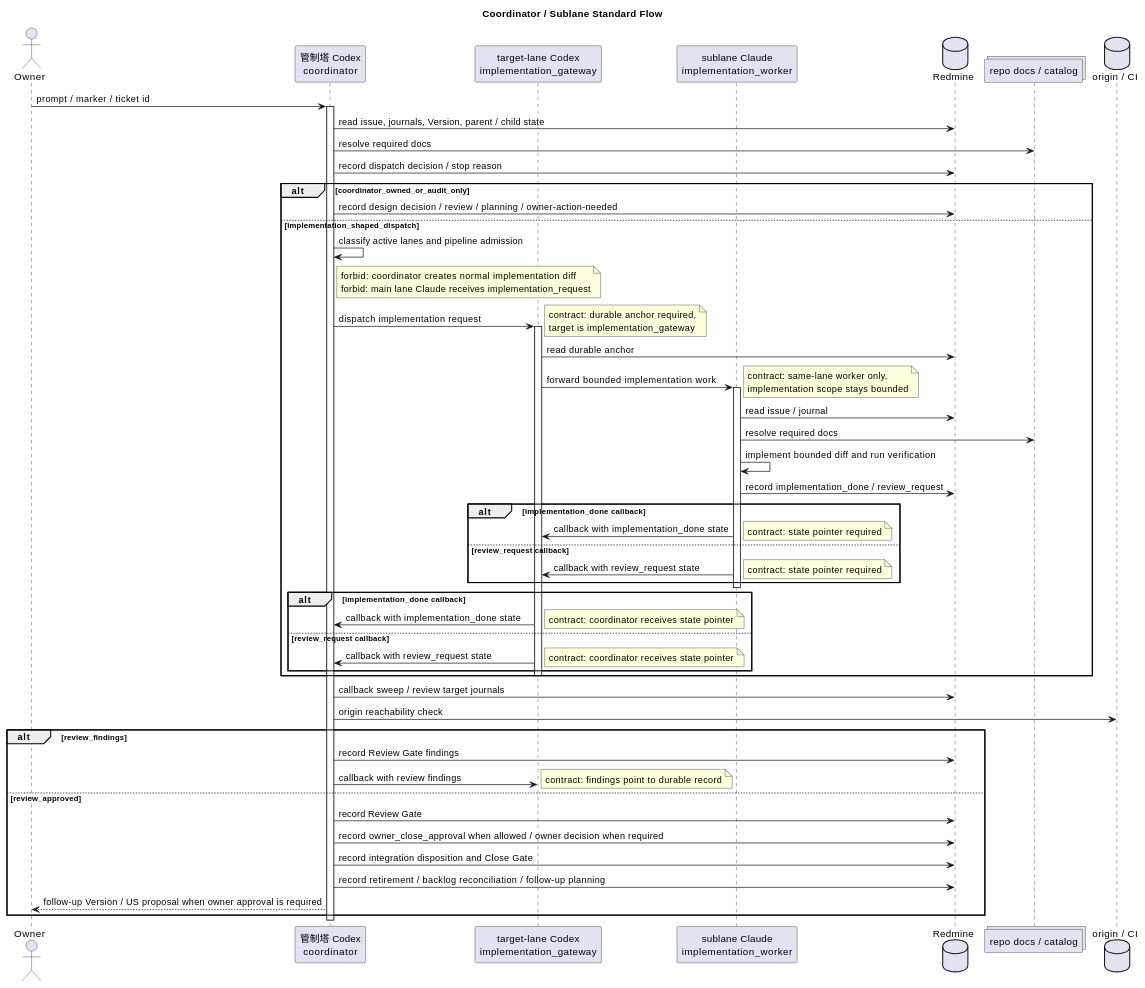
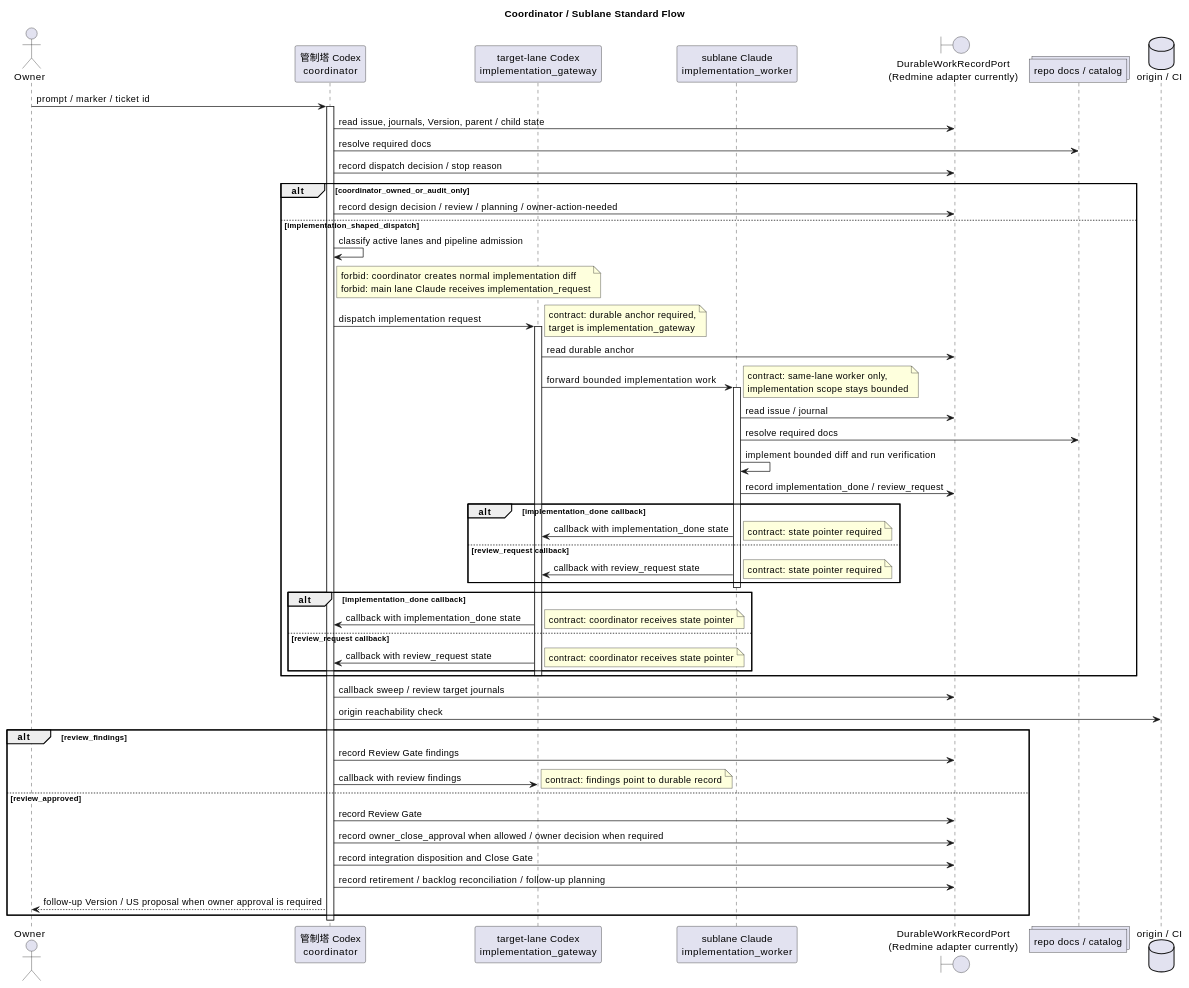
Before and after one commit to hollySizzle/mozyo_bridge: the diagram in vibes/docs/logics/coordinator-sublane-development-flow.md, drawn with PlantUML. The commit also changed other lines of this file and 4 other files, not shown here.

````diff
--- a/vibes/docs/logics/coordinator-sublane-development-flow.md
+++ b/vibes/docs/logics/coordinator-sublane-development-flow.md
@@ -593,77 +598,77 @@
 ```plantuml
 @startuml coordinator_sublane_standard_sequence
 title Coordinator / Sublane Standard Flow
 
 actor Owner
 participant "管制塔 Codex\ncoordinator" as Coordinator
 participant "target-lane Codex\nimplementation_gateway" as Gateway
 participant "sublane Claude\nimplementation_worker" as Worker
-database Redmine
+boundary "DurableWorkRecordPort\n(Redmine adapter currently)" as WorkRecord
 collections "repo docs / catalog" as Docs
 database "origin / CI" as Origin
 
 Owner -> Coordinator: prompt / marker / ticket id
 activate Coordinator
-Coordinator -> Redmine: read issue, journals, Version, parent / child state
+Coordinator -> WorkRecord: read issue, journals, Version, parent / child state
 Coordinator -> Docs: resolve required docs
-Coordinator -> Redmine: record dispatch decision / stop reason
+Coordinator -> WorkRecord: record dispatch decision / stop reason
 
 alt coordinator_owned_or_audit_only
-  Coordinator -> Redmine: record design decision / review / planning / owner-action-needed
+  Coordinator -> WorkRecord: record design decision / review / planning / owner-action-needed
 else implementation_shaped_dispatch
   Coordinator -> Coordinator: classify active lanes and pipeline admission
   note right of Coordinator
     forbid: coordinator creates normal implementation diff
     forbid: main lane Claude receives implementation_request
   end note
   Coordinator -> Gateway: dispatch implementation request
   note right
     contract: durable anchor required,
     target is implementation_gateway
   end note
   activate Gateway
-  Gateway -> Redmine: read durable anchor
+  Gateway -> WorkRecord: read durable anchor
   Gateway -> Worker: forward bounded implementation work
   note right
     contract: same-lane worker only,
     implementation scope stays bounded
   end note
   activate Worker
-  Worker -> Redmine: read issue / journal
+  Worker -> WorkRecord: read issue / journal
   Worker -> Docs: resolve required docs
   Worker -> Worker: implement bounded diff and run verification
-  Worker -> Redmine: record implementation_done / review_request
+  Worker -> WorkRecord: record implementation_done / review_request
   alt implementation_done callback
     Worker -> Gateway: callback with implementation_done state
     note right: contract: state pointer required
   else review_request callback
     Worker -> Gateway: callback with review_request state
     note right: contract: state pointer required
   end
   deactivate Worker
   alt implementation_done callback
     Gateway -> Coordinator: callback with implementation_done state
     note right: contract: coordinator receives state pointer
   else review_request callback
     Gateway -> Coordinator: callback with review_request state
     note right: contract: coordinator receives state pointer
   end
   deactivate Gateway
 end
 
-Coordinator -> Redmine: callback sweep / review target journals
+Coordinator -> WorkRecord: callback sweep / review target journals
 Coordinator -> Origin: origin reachability check
 alt review_findings
-  Coordinator -> Redmine: record Review Gate findings
+  Coordinator -> WorkRecord: record Review Gate findings
   Coordinator -> Gateway: callback with review findings
   note right: contract: findings point to durable record
 else review_approved
-  Coordinator -> Redmine: record Review Gate
-  Coordinator -> Redmine: record owner_close_approval when allowed / owner decision when required
-  Coordinator -> Redmine: record integration disposition and Close Gate
-  Coordinator -> Redmine: record retirement / backlog reconciliation / follow-up planning
+  Coordinator -> WorkRecord: record Review Gate
+  Coordinator -> WorkRecord: record owner_close_approval when allowed / owner decision when required
+  Coordinator -> WorkRecord: record integration disposition and Close Gate
+  Coordinator -> WorkRecord: record retirement / backlog reconciliation / follow-up planning
   Coordinator --> Owner: follow-up Version / US proposal when owner approval is required
 end
 deactivate Coordinator
 @enduml
 ```
````
